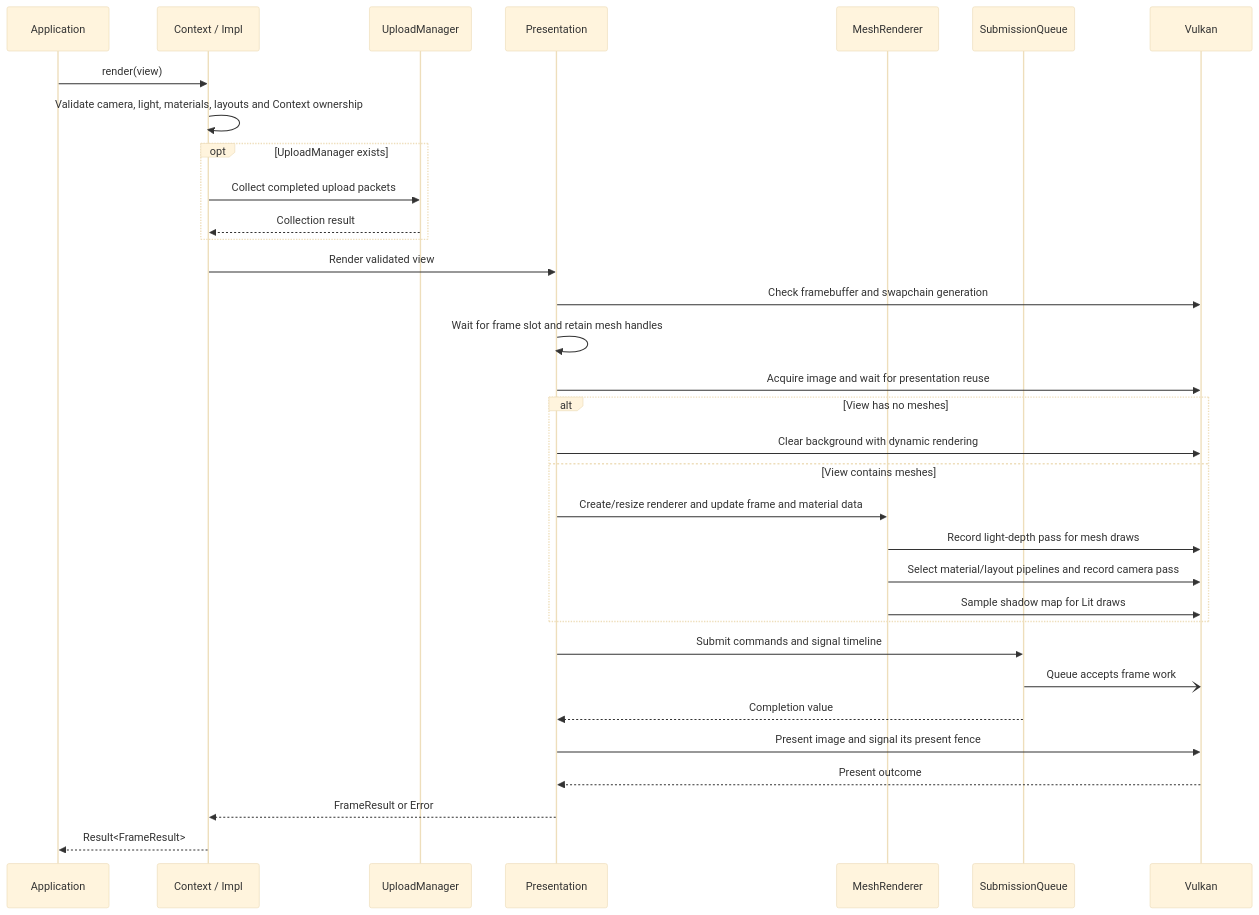
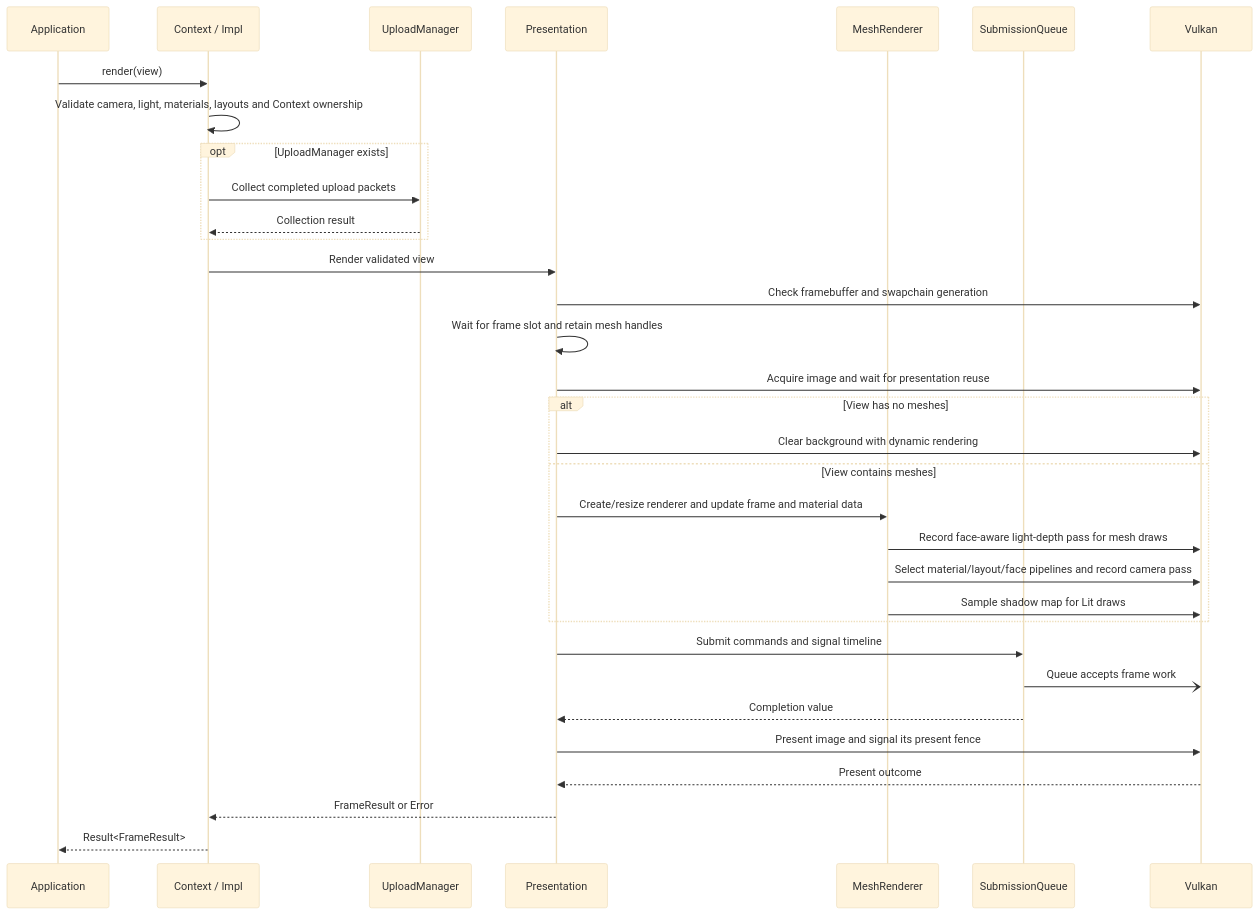
Before and after one commit to a-soltysik/Panda: the diagram in docs/use-cases/render-view.md, drawn with Mermaid (base theme). The commit also changed other lines of this file and 9 other files, not shown here.

Commit message:
renderer: add material face modes and reflected winding (#101)

````diff
--- a/docs/use-cases/render-view.md
+++ b/docs/use-cases/render-view.md
@@ -61,35 +62,35 @@
 ```mermaid
 sequenceDiagram
     participant A as Application
     participant C as Context / Impl
     participant U as UploadManager
     participant P as Presentation
     participant R as MeshRenderer
     participant Q as SubmissionQueue
     participant V as Vulkan
     A->>C: render(view)
     C->>C: Validate camera, light, materials, layouts and Context ownership
     opt UploadManager exists
         C->>U: Collect completed upload packets
         U-->>C: Collection result
     end
     C->>P: Render validated view
     P->>V: Check framebuffer and swapchain generation
     P->>P: Wait for frame slot and retain mesh handles
     P->>V: Acquire image and wait for presentation reuse
     alt View has no meshes
         P->>V: Clear background with dynamic rendering
     else View contains meshes
         P->>R: Create/resize renderer and update frame and material data
-        R->>V: Record light-depth pass for mesh draws
-        R->>V: Select material/layout pipelines and record camera pass
+        R->>V: Record face-aware light-depth pass for mesh draws
+        R->>V: Select material/layout/face pipelines and record camera pass
         R->>V: Sample shadow map for Lit draws
     end
     P->>Q: Submit commands and signal timeline
     Q-)V: Queue accepts frame work
     Q-->>P: Completion value
     P->>V: Present image and signal its present fence
     V-->>P: Present outcome
     P-->>C: FrameResult or Error
     C-->>A: Result<FrameResult>
 ```
````
